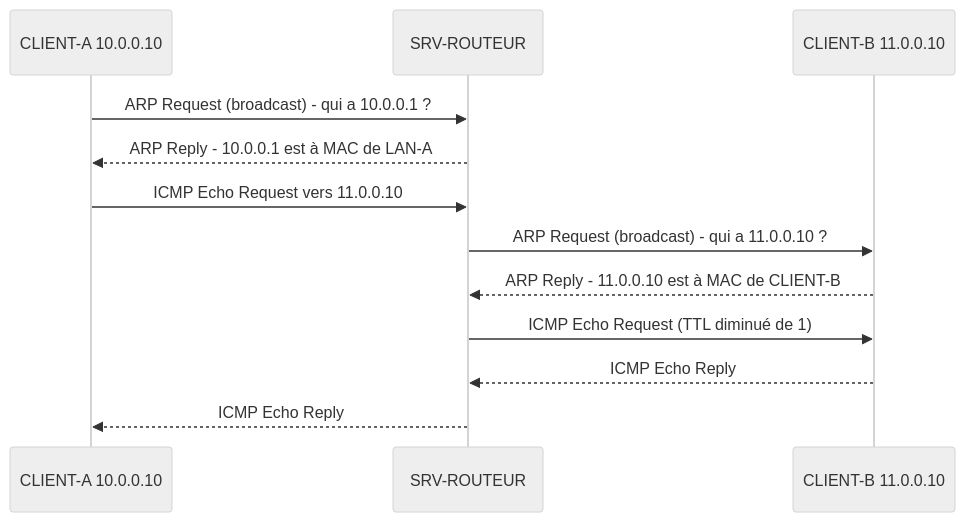
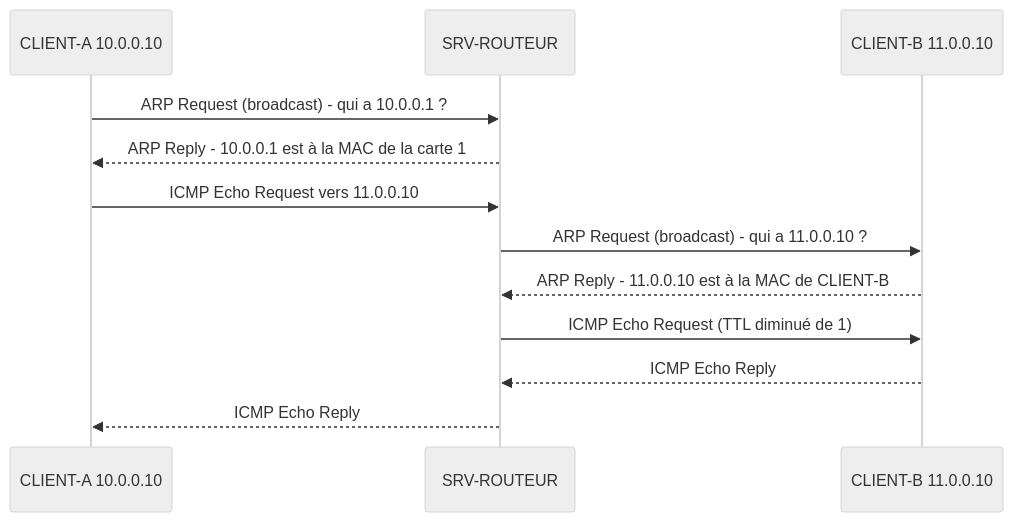
The second of 2 diagrams in docs/labs/routage-windows-server.md (Walid924/walid924.github.io), drawn with Mermaid (neutral theme) before and after one commit. The commit also changed other lines of this file and 3 other files, not shown here.

Commit message:
Lab routage : captures et étapes en interface graphique

````diff
--- a/docs/labs/routage-windows-server.md
+++ b/docs/labs/routage-windows-server.md
@@ -159,14 +158,14 @@
 ```mermaid
 sequenceDiagram
     participant A as CLIENT-A 10.0.0.10
     participant R as SRV-ROUTEUR
     participant B as CLIENT-B 11.0.0.10
     A->>R: ARP Request (broadcast) - qui a 10.0.0.1 ?
-    R-->>A: ARP Reply - 10.0.0.1 est à MAC de LAN-A
+    R-->>A: ARP Reply - 10.0.0.1 est à la MAC de la carte 1
     A->>R: ICMP Echo Request vers 11.0.0.10
     R->>B: ARP Request (broadcast) - qui a 11.0.0.10 ?
-    B-->>R: ARP Reply - 11.0.0.10 est à MAC de CLIENT-B
+    B-->>R: ARP Reply - 11.0.0.10 est à la MAC de CLIENT-B
     R->>B: ICMP Echo Request (TTL diminué de 1)
     B-->>R: ICMP Echo Reply
     R-->>A: ICMP Echo Reply
 ```
````
